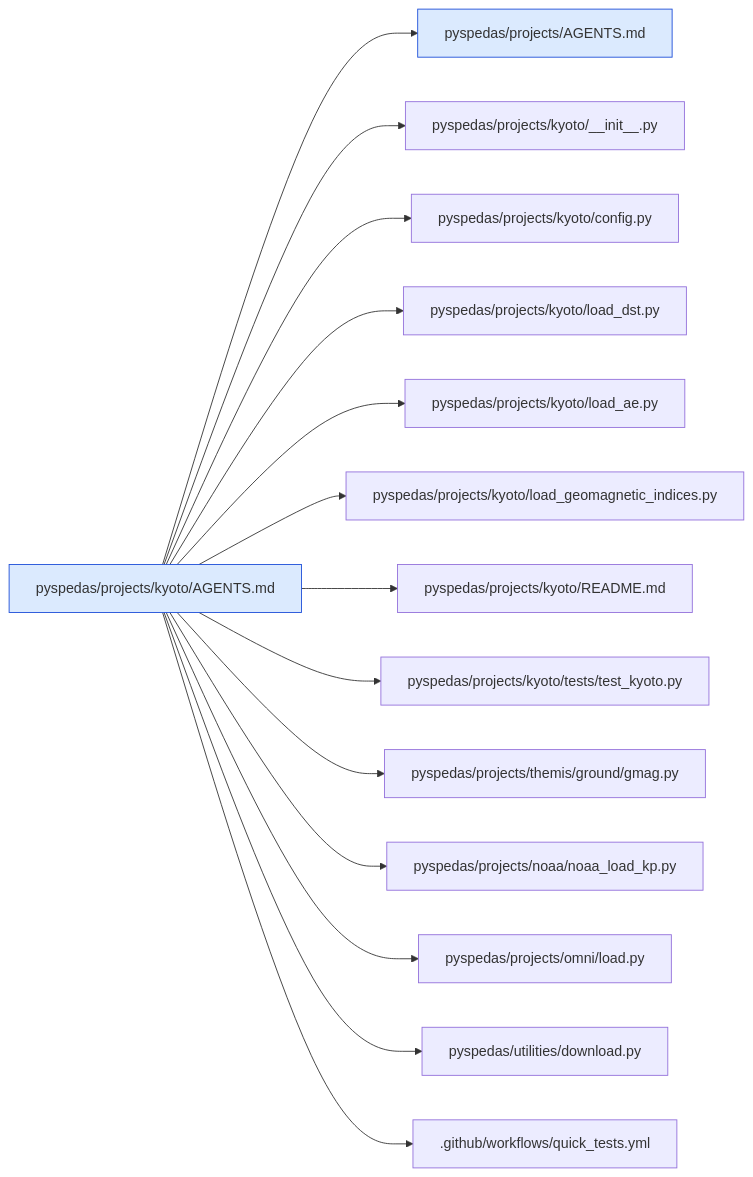
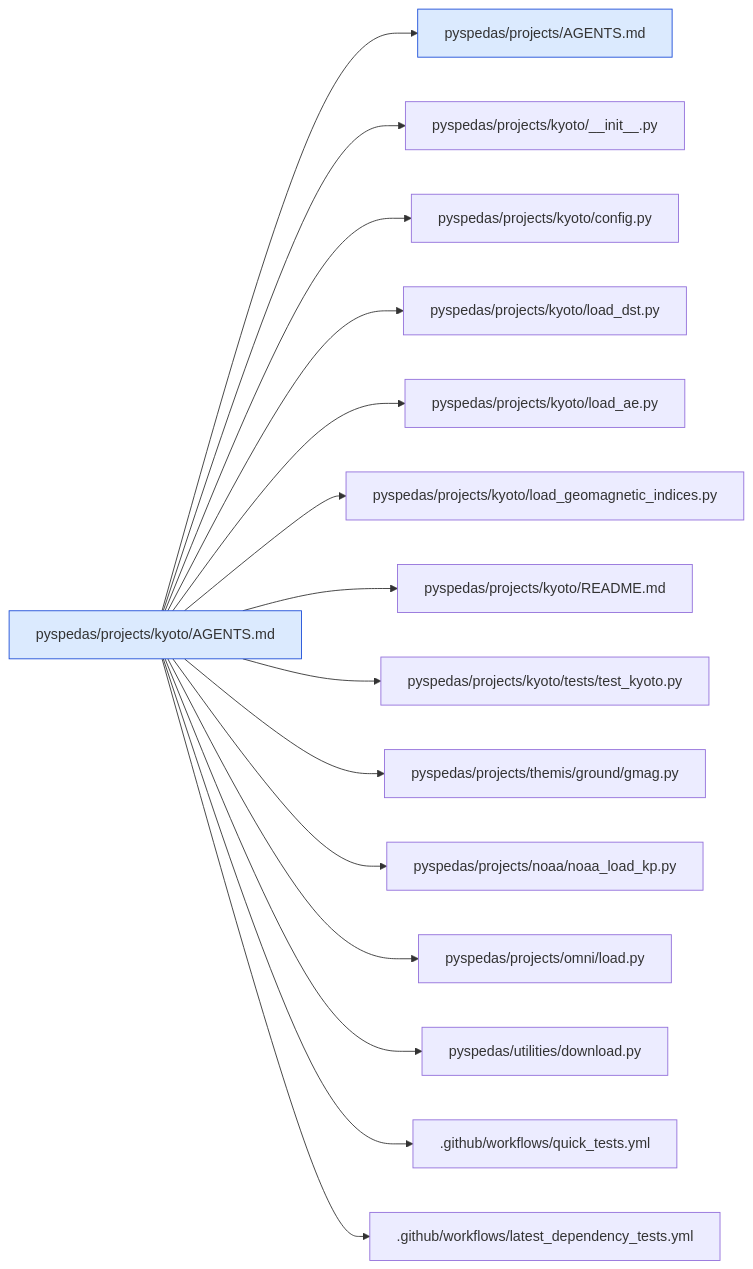
Before and after one commit to spedas/pyspedas: diagram 21 of 43 in .agents/map/MAP.md, drawn with Mermaid. The commit also changed other lines of this file and 15 other files, not shown here.

Commit message:
Updated md and rst docs to mention that new tests added to quick_tests workflow should also be added to latest_dependency_tests

````diff
--- a/.agents/map/MAP.md
+++ b/.agents/map/MAP.md
@@ -845,19 +847,20 @@
 ```mermaid
 graph LR
   classDef agents fill:#dbeafe,stroke:#1d4ed8
   classDef missing fill:#fee2e2,stroke:#b91c1c,stroke-dasharray:4
   self["pyspedas/projects/kyoto/AGENTS.md"]:::agents
   self --> r0["pyspedas/projects/AGENTS.md"]:::agents
   self --> r1["pyspedas/projects/kyoto/__init__.py"]
   self --> r2["pyspedas/projects/kyoto/config.py"]
   self --> r3["pyspedas/projects/kyoto/load_dst.py"]
   self --> r4["pyspedas/projects/kyoto/load_ae.py"]
   self --> r5["pyspedas/projects/kyoto/load_geomagnetic_indices.py"]
   self --> r6["pyspedas/projects/kyoto/README.md"]
   self --> r7["pyspedas/projects/kyoto/tests/test_kyoto.py"]
   self --> r8["pyspedas/projects/themis/ground/gmag.py"]
   self --> r9["pyspedas/projects/noaa/noaa_load_kp.py"]
   self --> r10["pyspedas/projects/omni/load.py"]
   self --> r11["pyspedas/utilities/download.py"]
   self --> r12[".github/workflows/quick_tests.yml"]
+  self --> r13[".github/workflows/latest_dependency_tests.yml"]
 ```
````
